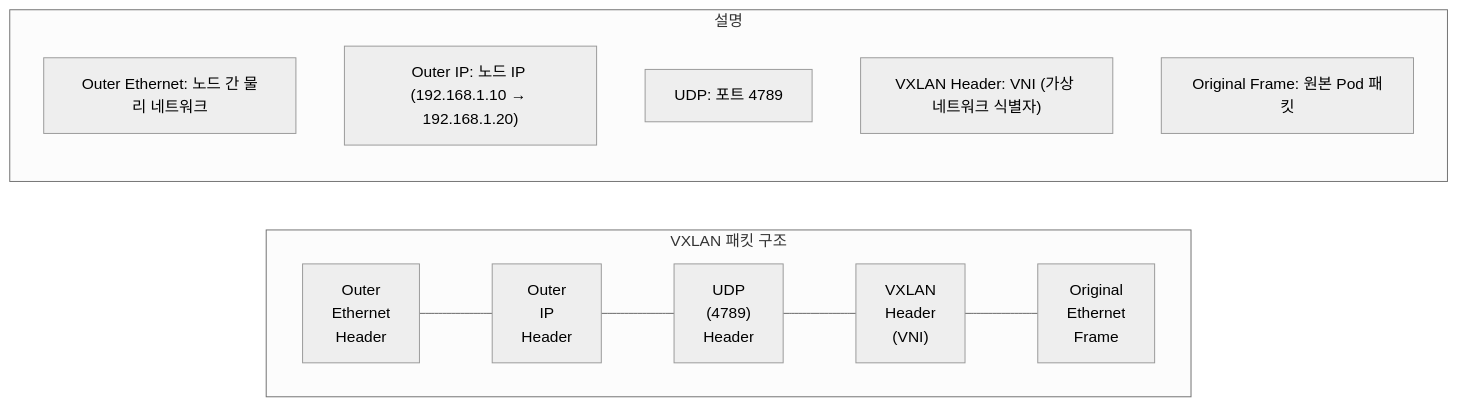
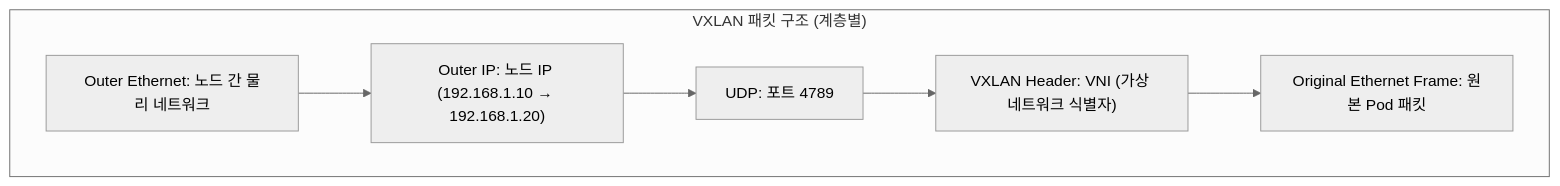
One commit to K-Diger/k-diger.github.io changed the eighth of 22 diagrams in _posts/2026-01-18-kubernetes-network-fundamentals.md. Above: the diagram before and after it, drawn with Mermaid (neutral theme). The commit also changed other lines of this file and 13 other files, not shown here.

````diff
--- a/_posts/2026-01-18-kubernetes-network-fundamentals.md
+++ b/_posts/2026-01-18-kubernetes-network-fundamentals.md
@@ -185,21 +170,12 @@
 ```mermaid
-flowchart LR
-    subgraph VXLANPacket["VXLAN 패킷 구조"]
-        direction LR
-        OE["Outer<br>Ethernet<br>Header"]
-        OI["Outer<br>IP<br>Header"]
-        UDP["UDP<br>(4789)<br>Header"]
-        VH["VXLAN<br>Header<br>(VNI)"]
-        OF["Original<br>Ethernet<br>Frame"]
+flowchart TB
+    subgraph packet["VXLAN 패킷 구조 (계층별)"]
+        OE["Outer Ethernet: 노드 간 물리 네트워크"]
+        OI["Outer IP: 노드 IP (192.168.1.10 → 192.168.1.20)"]
+        UDP["UDP: 포트 4789"]
+        VH["VXLAN Header: VNI (가상 네트워크 식별자)"]
+        OF["Original Ethernet Frame: 원본 Pod 패킷"]
 
-        OE --- OI --- UDP --- VH --- OF
-    end
-
-    subgraph Desc["설명"]
-        D1["Outer Ethernet: 노드 간 물리 네트워크"]
-        D2["Outer IP: 노드 IP (192.168.1.10 → 192.168.1.20)"]
-        D3["UDP: 포트 4789"]
-        D4["VXLAN Header: VNI (가상 네트워크 식별자)"]
-        D5["Original Frame: 원본 Pod 패킷"]
+        OE --> OI --> UDP --> VH --> OF
     end
 ```
````
